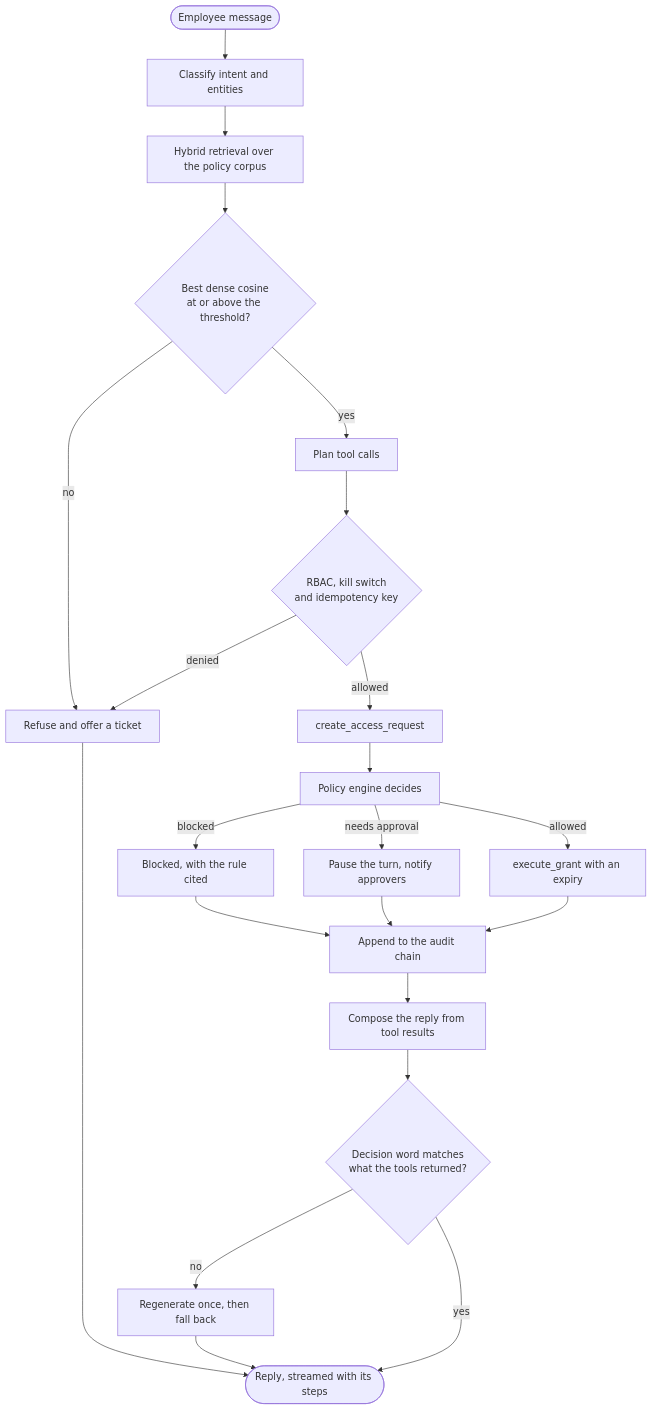
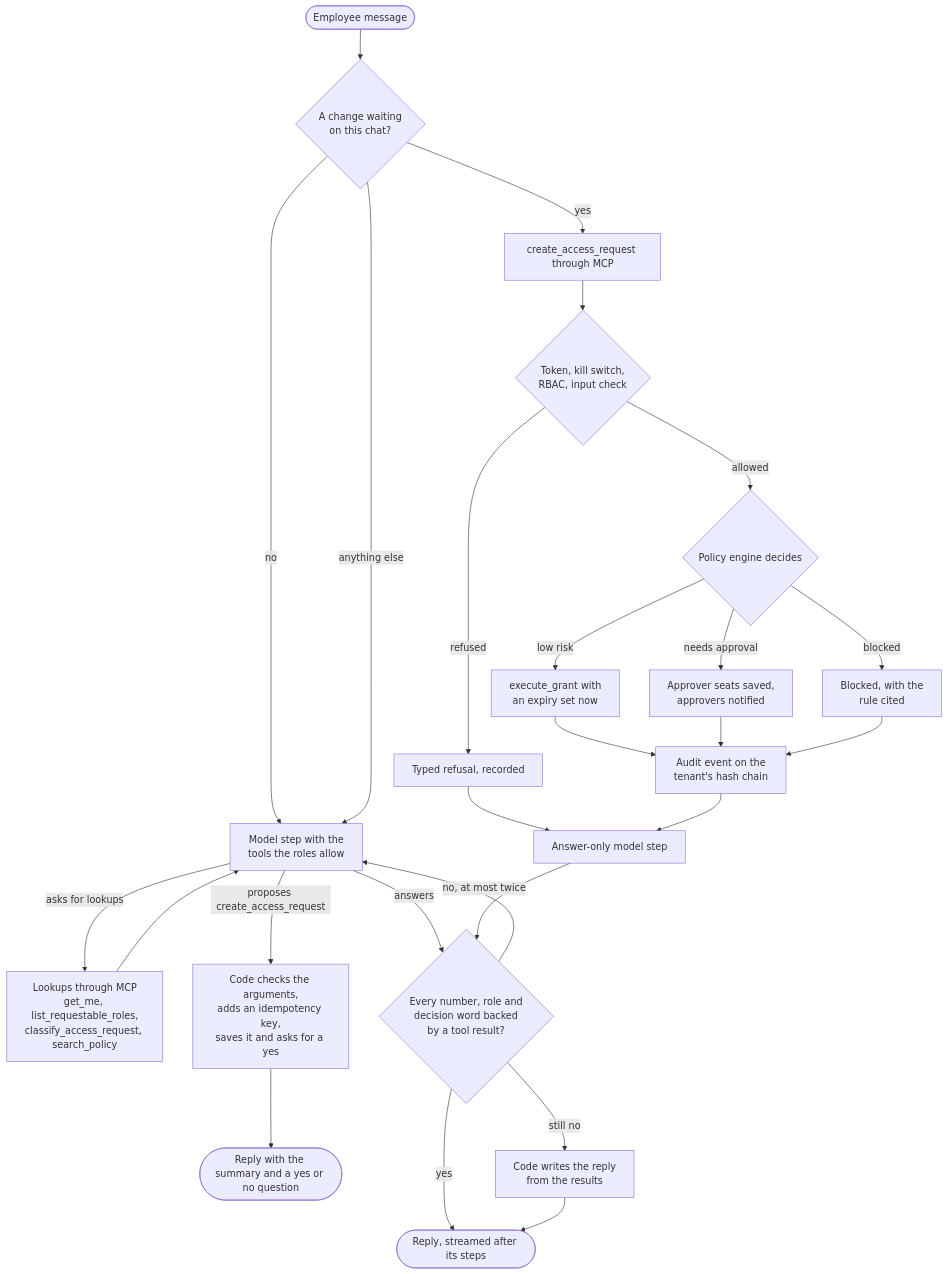
One commit to masudur-rahman-musa/helpdesk-agentic-flow changed the diagram in docs/diagrams/request-lifecycle.md. Above: the diagram before and after it, drawn with Mermaid. The commit also changed other lines of this file and 13 other files, not shown here.

````diff
--- a/docs/diagrams/request-lifecycle.md
+++ b/docs/diagrams/request-lifecycle.md
@@ -5,24 +7,28 @@
 ```mermaid
 flowchart TD
-    msg([" Employee message "]) --> intent["Classify intent and entities"]
-    intent --> retrieve["Hybrid retrieval over the policy corpus"]
-    retrieve --> enough{"Best dense cosine<br/>at or above the threshold?"}
-    enough -- no --> refuse["Refuse and offer a ticket"]
-    enough -- yes --> plan["Plan tool calls"]
-    plan --> guard{"RBAC, kill switch<br/>and idempotency key"}
-    guard -- denied --> refuse
-    guard -- allowed --> create["create_access_request"]
-    create --> decide["Policy engine decides"]
-    decide -- blocked --> blocked["Blocked, with the rule cited"]
-    decide -- "needs approval" --> pause["Pause the turn, notify approvers"]
-    decide -- allowed --> grant["execute_grant with an expiry"]
-    grant --> audit["Append to the audit chain"]
+    msg([" Employee message "]) --> held{"A change waiting<br/>on this chat?"}
+    held -- no --> step["Model step with the<br/>tools the roles allow"]
+    step -- "asks for lookups" --> look["Lookups through MCP<br/>get_me, list_requestable_roles,<br/>classify_access_request, search_policy"]
+    look --> step
+    step -- "answers" --> check
+    step -- "proposes create_access_request" --> hold["Code checks the arguments,<br/>adds an idempotency key,<br/>saves it and asks for a yes"]
+    hold --> ask([" Reply with the summary and a yes or no question "])
+    held -- "yes" --> run["create_access_request through MCP"]
+    held -- "anything else" --> step
+    run --> gate{"Token, kill switch,<br/>RBAC, input check"}
+    gate -- refused --> typed["Typed refusal, recorded"]
+    gate -- allowed --> decide{"Policy engine decides"}
+    decide -- "low risk" --> grant["execute_grant with<br/>an expiry set now"]
+    decide -- "needs approval" --> seats["Approver seats saved,<br/>approvers notified"]
+    decide -- blocked --> blocked["Blocked, with the<br/>rule cited"]
+    grant --> audit["Audit event on the<br/>tenant's hash chain"]
+    seats --> audit
     blocked --> audit
-    pause --> audit
-    audit --> compose["Compose the reply from tool results"]
-    compose --> check{"Decision word matches<br/>what the tools returned?"}
-    check -- no --> regen["Regenerate once, then fall back"]
-    check -- yes --> reply([" Reply, streamed with its steps "])
-    regen --> reply
-    refuse --> reply
+    typed --> write
+    audit --> write["Answer-only model step"]
+    write --> check{"Every number, role and<br/>decision word backed<br/>by a tool result?"}
+    check -- "no, at most twice" --> step
+    check -- "still no" --> fixed["Code writes the reply<br/>from the results"]
+    check -- yes --> reply([" Reply, streamed after its steps "])
+    fixed --> reply
 ```
````
